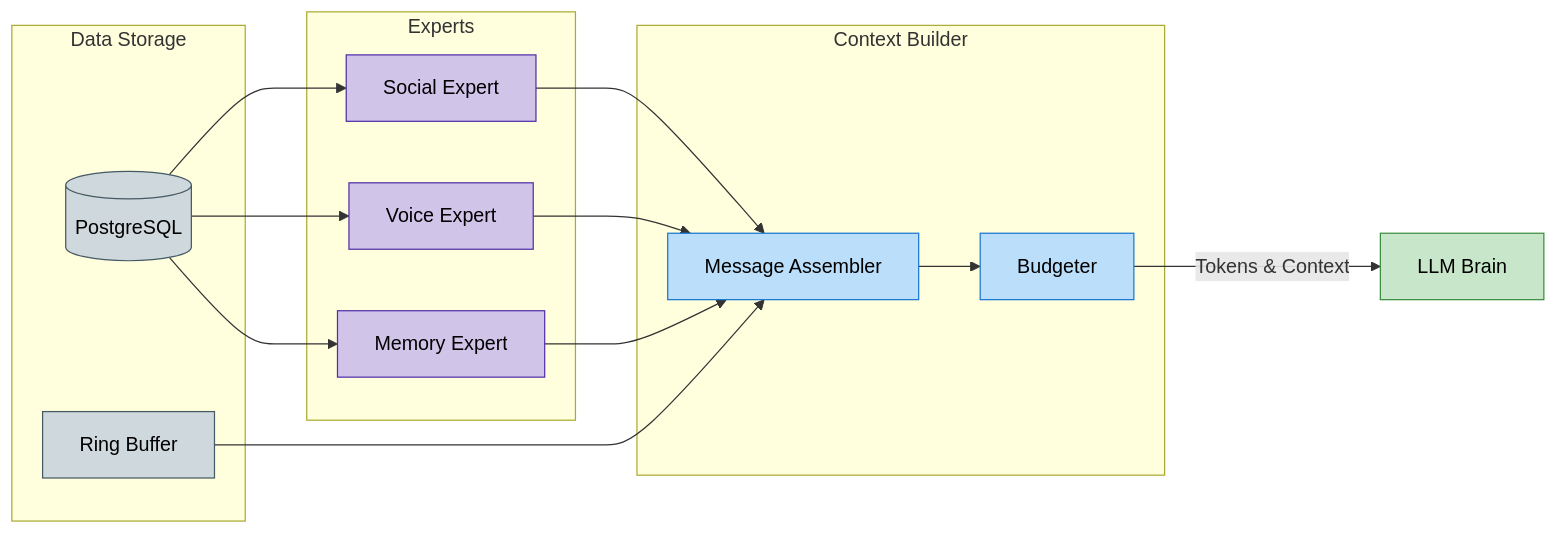
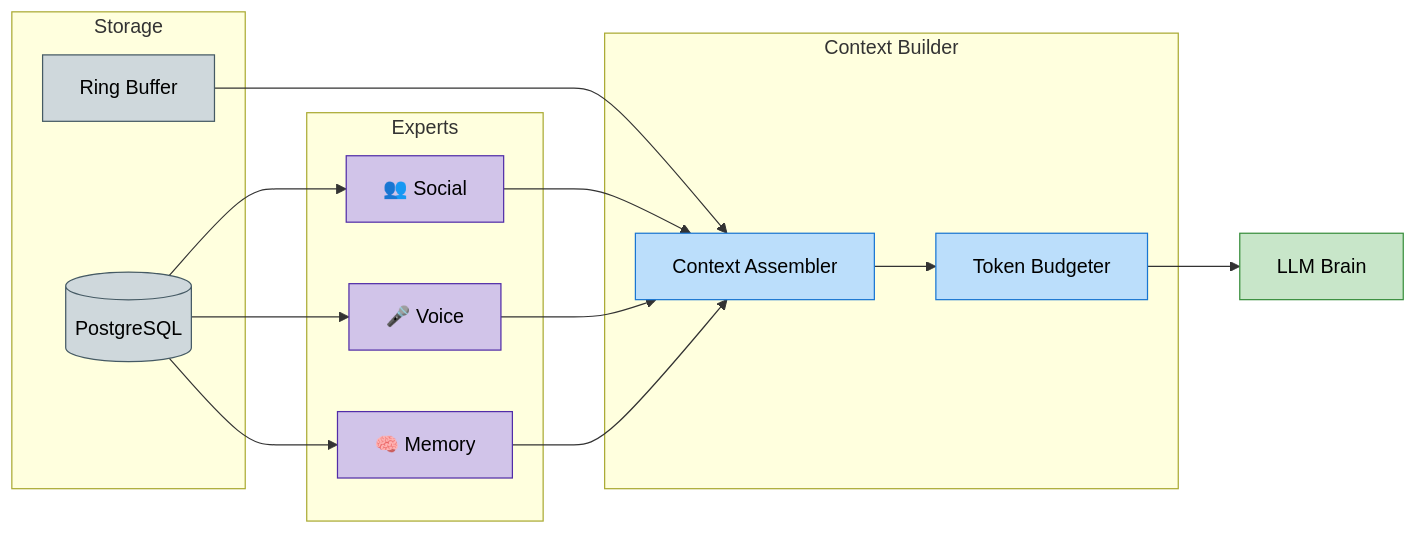
Before and after one commit to BokX1/Sage: the first of 2 diagrams in docs/architecture/memory_system.md, drawn with Mermaid. The commit also changed other lines of this file and 16 other files, not shown here.

````diff
--- a/docs/architecture/memory_system.md
+++ b/docs/architecture/memory_system.md
@@ -27,36 +48,35 @@
 ```mermaid
-graph LR
-    %% Styling
+flowchart LR
+    %% How persistent + short-term context is assembled into an LLM prompt.
     classDef storage fill:#cfd8dc,stroke:#455a64,color:black
     classDef expert fill:#d1c4e9,stroke:#512da8,color:black
     classDef builder fill:#bbdefb,stroke:#1976d2,color:black
     classDef llm fill:#c8e6c9,stroke:#388e3c,color:black
 
-    subgraph Core_Storage [Data Storage]
+    subgraph Storage
         DB[(PostgreSQL)]:::storage
         RB[Ring Buffer]:::storage
     end
 
-    subgraph Experts [Experts]
-        SE[Social Expert]:::expert
-        VE[Voice Expert]:::expert
-        ME[Memory Expert]:::expert
+    subgraph Experts
+        SE[👥 Social]:::expert
+        VE[🎤 Voice]:::expert
+        ME[🧠 Memory]:::expert
     end
 
-    subgraph Builder [Context Builder]
-        MB[Message Assembler]:::builder
-        Budget[Budgeter]:::builder
+    subgraph Context_Builder["Context Builder"]
+        MB[Context Assembler]:::builder
+        Budget[Token Budgeter]:::builder
     end
 
     DB --> SE
     DB --> VE
     DB --> ME
-    
+
+    RB --> MB
     SE --> MB
     VE --> MB
     ME --> MB
-    RB --> MB
-    
-    MB --> Budget
-    Budget -- "Tokens & Context" --> LLM[LLM Brain]:::llm
+
+    MB --> Budget --> LLM[LLM Brain]:::llm
 ```
````
